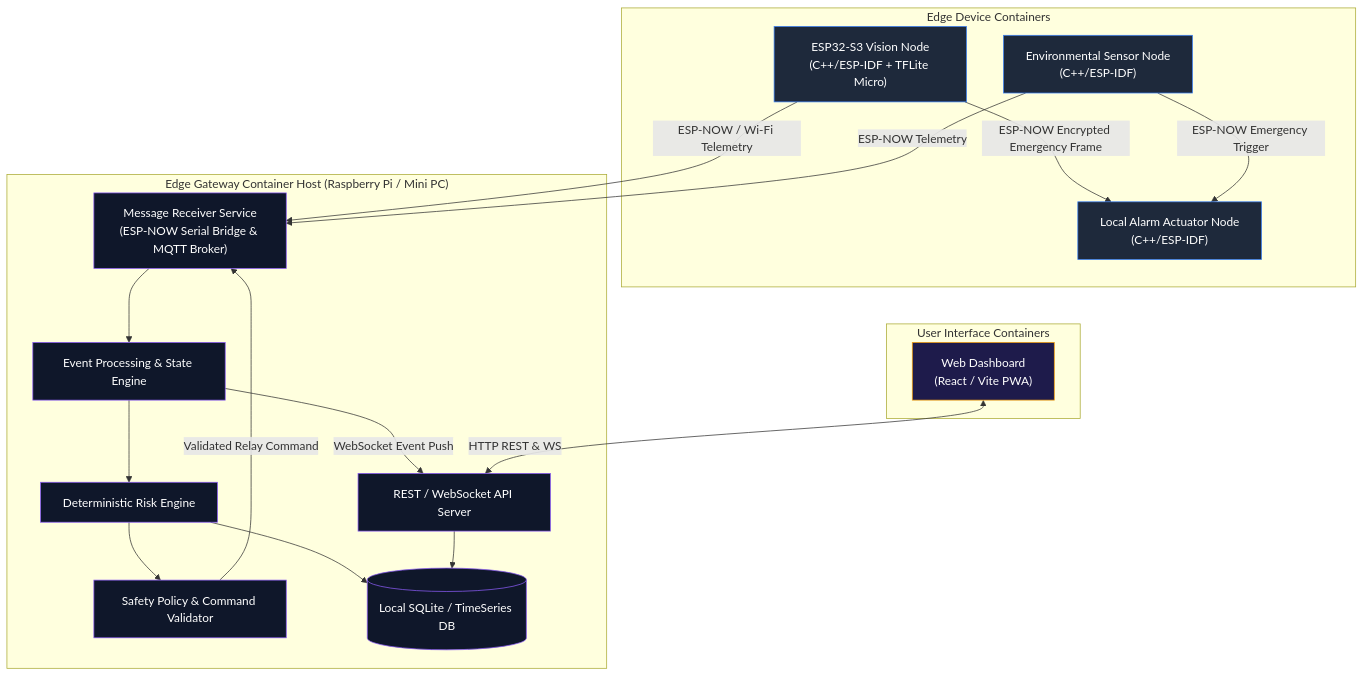
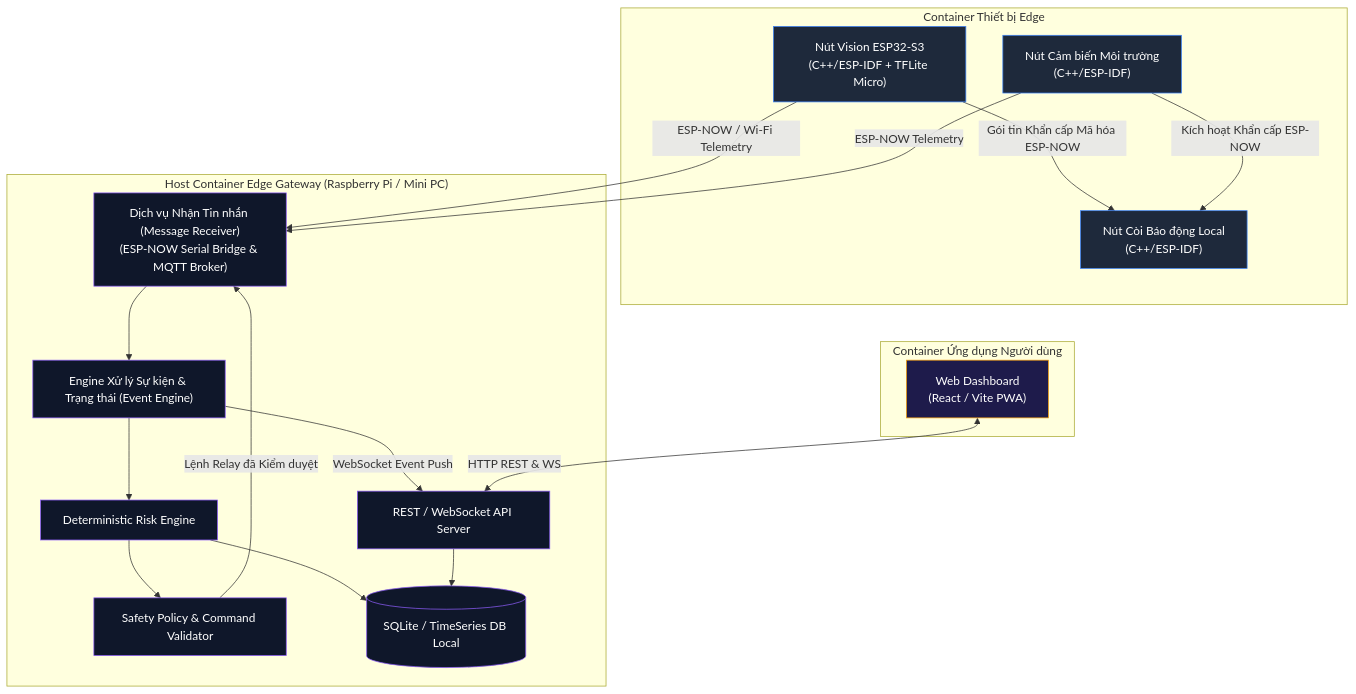
Before and after one commit to Eddy-hoang/SAM: the second of 3 diagrams in docs/03-system-architecture.md, drawn with Mermaid. The commit also changed other lines of this file and 34 other files, not shown here.

````diff
--- a/docs/03-system-architecture.md
+++ b/docs/03-system-architecture.md
@@ -54,44 +54,44 @@
 ```mermaid
 graph TB
-    subgraph Edge_Devices ["Edge Device Containers"]
-        CAM["ESP32-S3 Vision Node\n(C++/ESP-IDF + TFLite Micro)"]
-        SENS["Environmental Sensor Node\n(C++/ESP-IDF)"]
-        ALARM["Local Alarm Actuator Node\n(C++/ESP-IDF)"]
+    subgraph Edge_Devices ["Container Thiết bị Edge"]
+        CAM["Nút Vision ESP32-S3\n(C++/ESP-IDF + TFLite Micro)"]
+        SENS["Nút Cảm biến Môi trường\n(C++/ESP-IDF)"]
+        ALARM["Nút Còi Báo động Local\n(C++/ESP-IDF)"]
     end
 
-    subgraph Edge_Gateway_Node ["Edge Gateway Container Host (Raspberry Pi / Mini PC)"]
-        GW_RECV["Message Receiver Service\n(ESP-NOW Serial Bridge & MQTT Broker)"]
-        GW_PROC["Event Processing & State Engine"]
+    subgraph Edge_Gateway_Node ["Host Container Edge Gateway (Raspberry Pi / Mini PC)"]
+        GW_RECV["Dịch vụ Nhận Tin nhắn (Message Receiver)\n(ESP-NOW Serial Bridge & MQTT Broker)"]
+        GW_PROC["Engine Xử lý Sự kiện & Trạng thái (Event Engine)"]
         GW_RISK["Deterministic Risk Engine"]
         GW_POL["Safety Policy & Command Validator"]
         GW_API["REST / WebSocket API Server"]
-        GW_DB[(Local SQLite / TimeSeries DB)]
+        GW_DB[(SQLite / TimeSeries DB Local)]
     end
 
-    subgraph Client_Applications ["User Interface Containers"]
+    subgraph Client_Applications ["Container Ứng dụng Người dùng"]
         DASH["Web Dashboard\n(React / Vite PWA)"]
     end
 
     %% Network Connections
-    CAM -->|ESP-NOW Encrypted Emergency Frame| ALARM
+    CAM -->|Gói tin Khẩn cấp Mã hóa ESP-NOW| ALARM
     CAM -->|ESP-NOW / Wi-Fi Telemetry| GW_RECV
-    SENS -->|ESP-NOW Emergency Trigger| ALARM
+    SENS -->|Kích hoạt Khẩn cấp ESP-NOW| ALARM
     SENS -->|ESP-NOW Telemetry| GW_RECV
 
     GW_RECV --> GW_PROC
     GW_PROC --> GW_RISK
     GW_RISK --> GW_POL
     GW_RISK --> GW_DB
-    GW_POL -->|Validated Relay Command| GW_RECV
+    GW_POL -->|Lệnh Relay đã Kiểm duyệt| GW_RECV
     GW_API --> GW_DB
     GW_PROC -->|WebSocket Event Push| GW_API
     DASH <-->|HTTP REST & WS| GW_API
 
     classDef edge fill:#1e293b,stroke:#3b82f6,color:#fff;
     classDef gw fill:#0f172a,stroke:#8b5cf6,color:#fff;
     classDef ui fill:#1e1b4b,stroke:#f59e0b,color:#fff;
 
     class CAM,SENS,ALARM edge;
     class GW_RECV,GW_PROC,GW_RISK,GW_POL,GW_API,GW_DB gw;
     class DASH ui;
 ```
````
